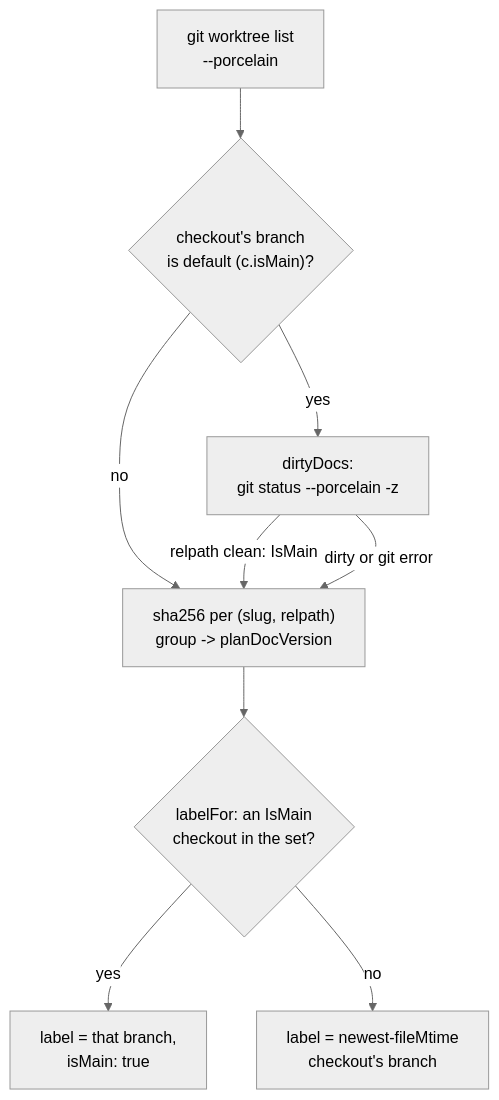
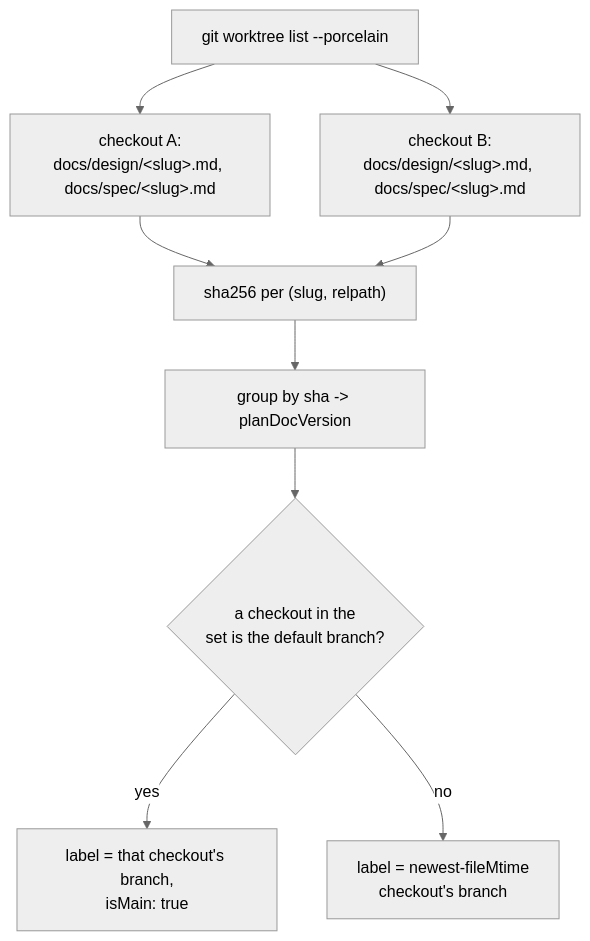
The second of 3 diagrams in docs/wiki/serve.md (damusix/atomic-claude), drawn with Mermaid (neutral theme) before and after one commit. The commit also changed other lines of this file and 795 other files, not shown here.

````diff
--- a/docs/wiki/serve.md
+++ b/docs/wiki/serve.md
@@ -176,12 +116,11 @@
 ```mermaid
 flowchart TD
-    %% source: atomic/internal/serve/plans.go
-    W["git worktree list<br/>--porcelain"] --> C{"checkout's branch<br/>is default (c.isMain)?"}
-    C -->|no| H["sha256 per (slug, relpath)<br/>group -&gt; planDocVersion"]
-    C -->|yes| D["dirtyDocs:<br/>git status --porcelain -z"]
-    D -->|"relpath clean: IsMain"| H
-    D -->|"dirty or git error"| H
-    H --> M{"labelFor: an IsMain<br/>checkout in the set?"}
-    M -->|yes| L1["label = that branch,<br/>isMain: true"]
+    W["git worktree list --porcelain"] --> DA["checkout A:<br/>docs/design/&lt;slug&gt;.md, docs/spec/&lt;slug&gt;.md"]
+    W --> DB["checkout B:<br/>docs/design/&lt;slug&gt;.md, docs/spec/&lt;slug&gt;.md"]
+    DA --> H["sha256 per (slug, relpath)"]
+    DB --> H
+    H --> G["group by sha -&gt; planDocVersion"]
+    G --> M{"a checkout in the<br/>set is the default branch?"}
+    M -->|yes| L1["label = that checkout's branch,<br/>isMain: true"]
     M -->|no| L2["label = newest-fileMtime<br/>checkout's branch"]
 ```
````
